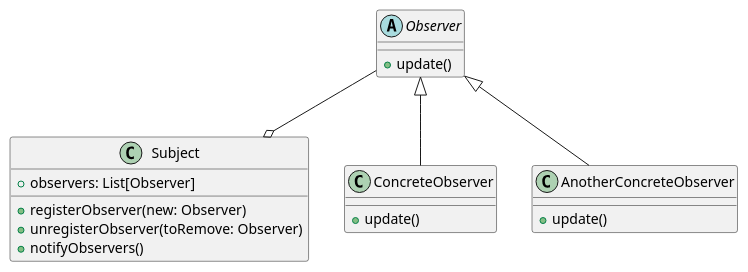
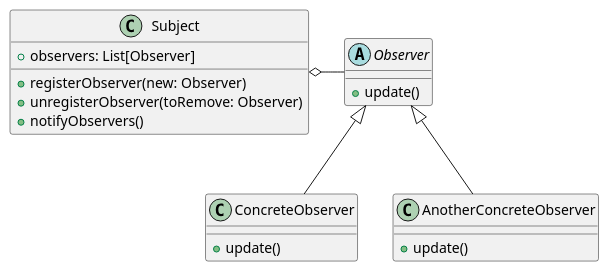
The diagram in raw_resources/images/design_patterns/observer.puml (2DGD-F0TH/2DGD_F0TH), drawn with PlantUML before and after one commit. The commit also changed 23 other files, not shown here.

Commit message:
Updated design patterns UML diagrams

```diff
--- a/raw_resources/images/design_patterns/observer.puml
+++ b/raw_resources/images/design_patterns/observer.puml
@@ -1,26 +1,26 @@
 @startuml
 
 abstract class Observer{
     + update()
 }
 
 class Subject{
     + observers: List[Observer]
     + registerObserver(new: Observer)
     + unregisterObserver(toRemove: Observer)
     + notifyObservers()
 }
 
 class ConcreteObserver{
     + update()
 }
 
 class AnotherConcreteObserver{
     + update()
 }
 
-Observer --o Subject
+Observer -left-o Subject
 Observer <|-- ConcreteObserver
 Observer <|-- AnotherConcreteObserver
 
 @enduml
```
